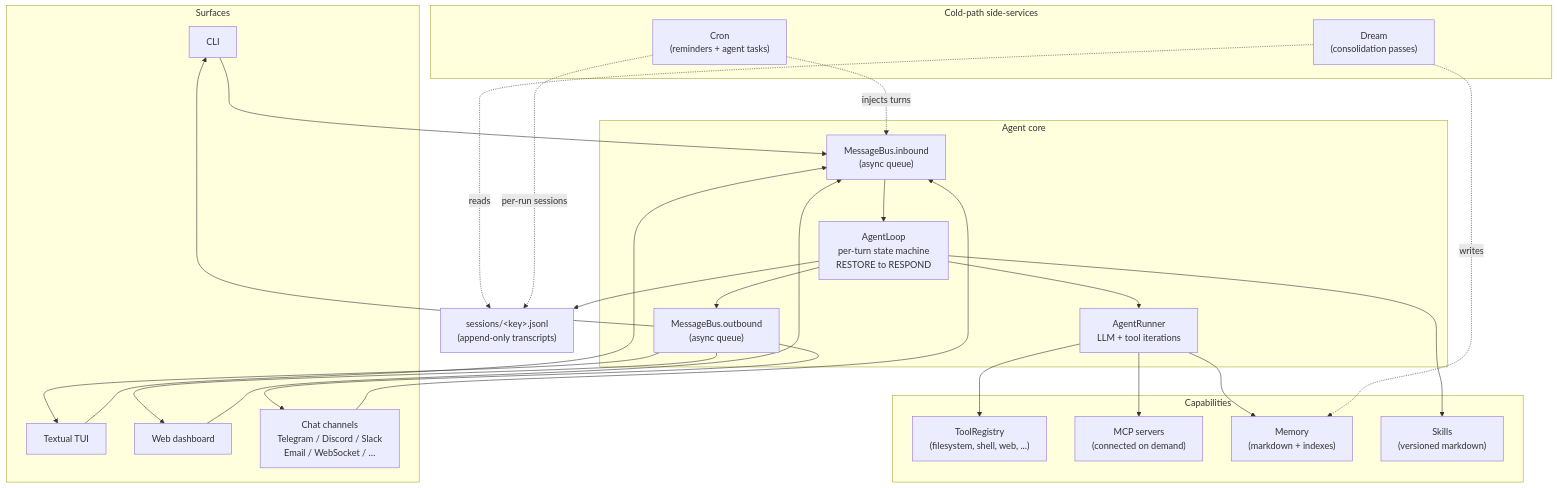
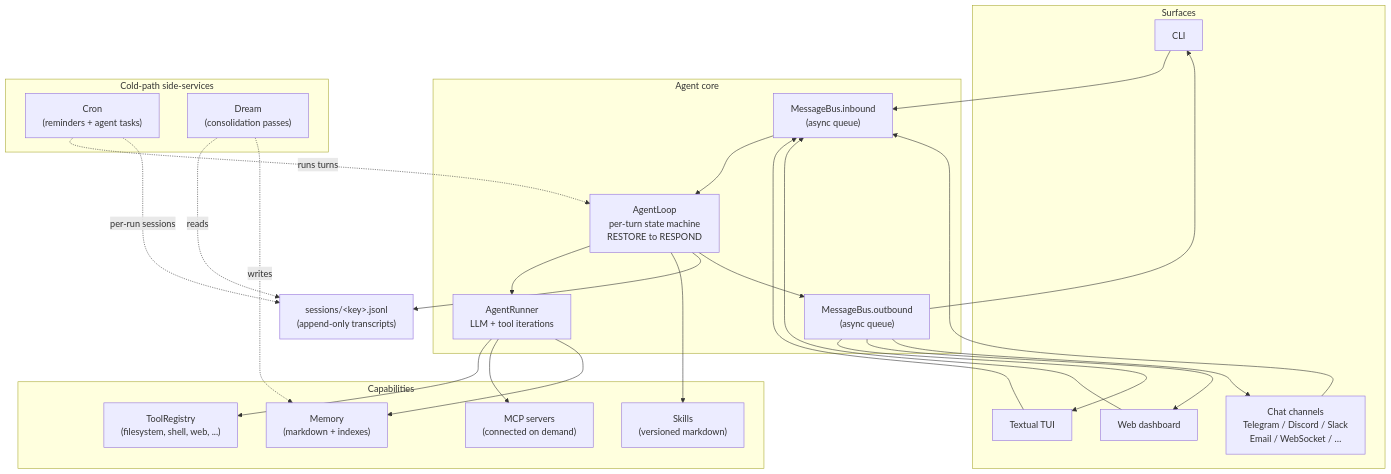
Before and after one commit to mmarmol/durin: the diagram in docs/README.md, drawn with Mermaid. The commit also changed 38 other files, not shown here.

````diff
--- a/docs/README.md
+++ b/docs/README.md
@@ -112,54 +112,54 @@
 ```mermaid
 flowchart TB
     subgraph surfaces["Surfaces"]
         CLI["CLI"]
         TUI["Textual TUI"]
         WEB["Web dashboard"]
         CH["Chat channels<br/>Telegram / Discord / Slack<br/>Email / WebSocket / …"]
     end
 
     subgraph core["Agent core"]
         BUSIN["MessageBus.inbound<br/>(async queue)"]
         LOOP["AgentLoop<br/>per-turn state machine<br/>RESTORE to RESPOND"]
         RUNNER["AgentRunner<br/>LLM + tool iterations"]
         BUSOUT["MessageBus.outbound<br/>(async queue)"]
     end
 
     subgraph capabilities["Capabilities"]
         TOOLS["ToolRegistry<br/>(filesystem, shell, web, ...)"]
         MCP["MCP servers<br/>(connected on demand)"]
         MEM["Memory<br/>(markdown + indexes)"]
         SKILLS["Skills<br/>(versioned markdown)"]
     end
 
     subgraph cold["Cold-path side-services"]
         CRON["Cron<br/>(reminders + agent tasks)"]
         DREAM["Dream<br/>(consolidation passes)"]
     end
 
     SESS["sessions/&lt;key&gt;.jsonl<br/>(append-only transcripts)"]
 
     CLI --> BUSIN
     TUI --> BUSIN
     WEB --> BUSIN
     CH --> BUSIN
 
     BUSIN --> LOOP
     LOOP --> RUNNER
     RUNNER --> TOOLS
     RUNNER --> MCP
     RUNNER --> MEM
     LOOP --> SKILLS
     LOOP --> SESS
 
     LOOP --> BUSOUT
     BUSOUT --> CLI
     BUSOUT --> TUI
     BUSOUT --> WEB
     BUSOUT --> CH
 
-    CRON -.injects turns.-> BUSIN
+    CRON -.runs turns.-> LOOP
     DREAM -.reads.-> SESS
     DREAM -.writes.-> MEM
     CRON -.per-run sessions.-> SESS
 ```
````
